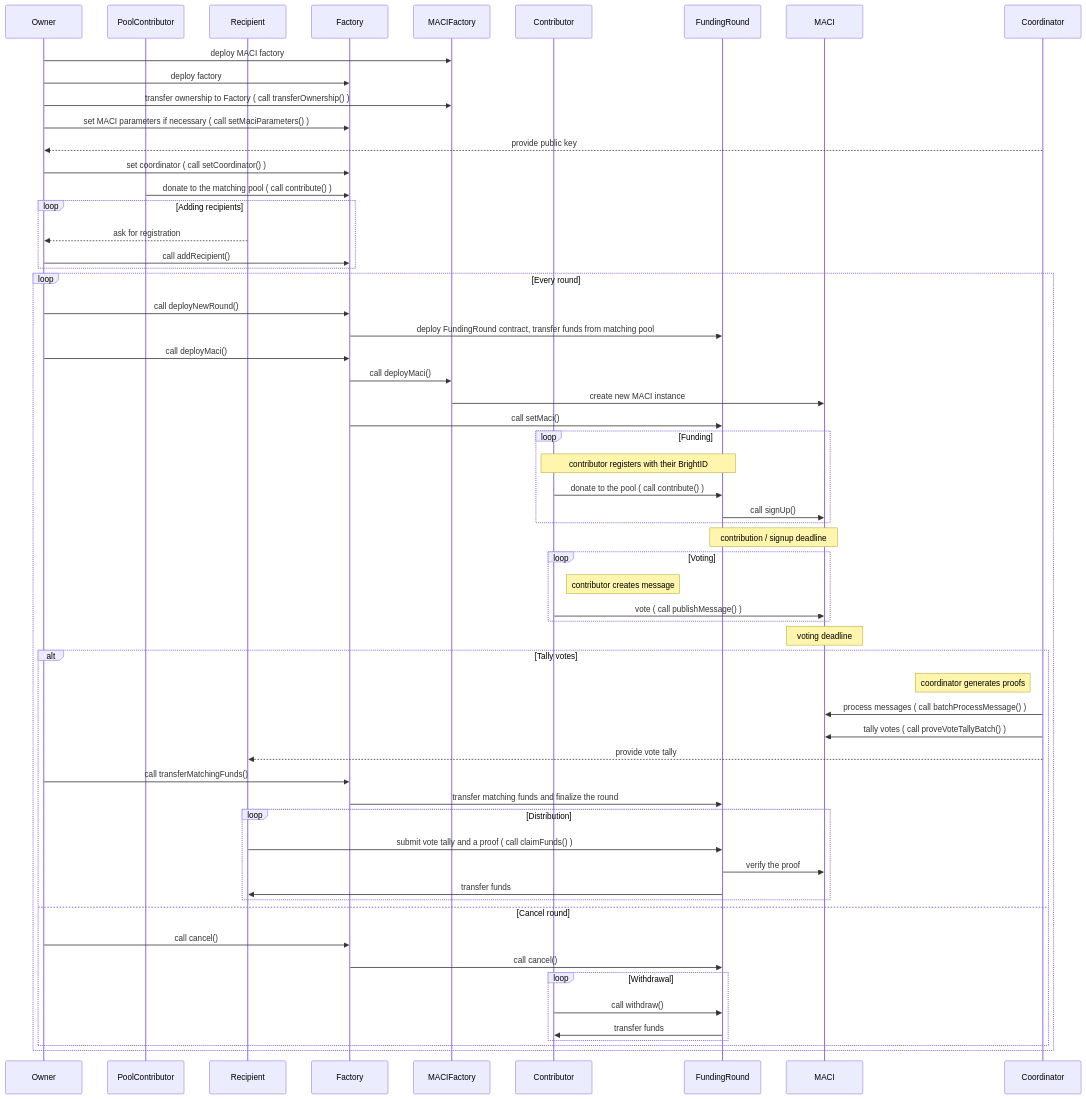
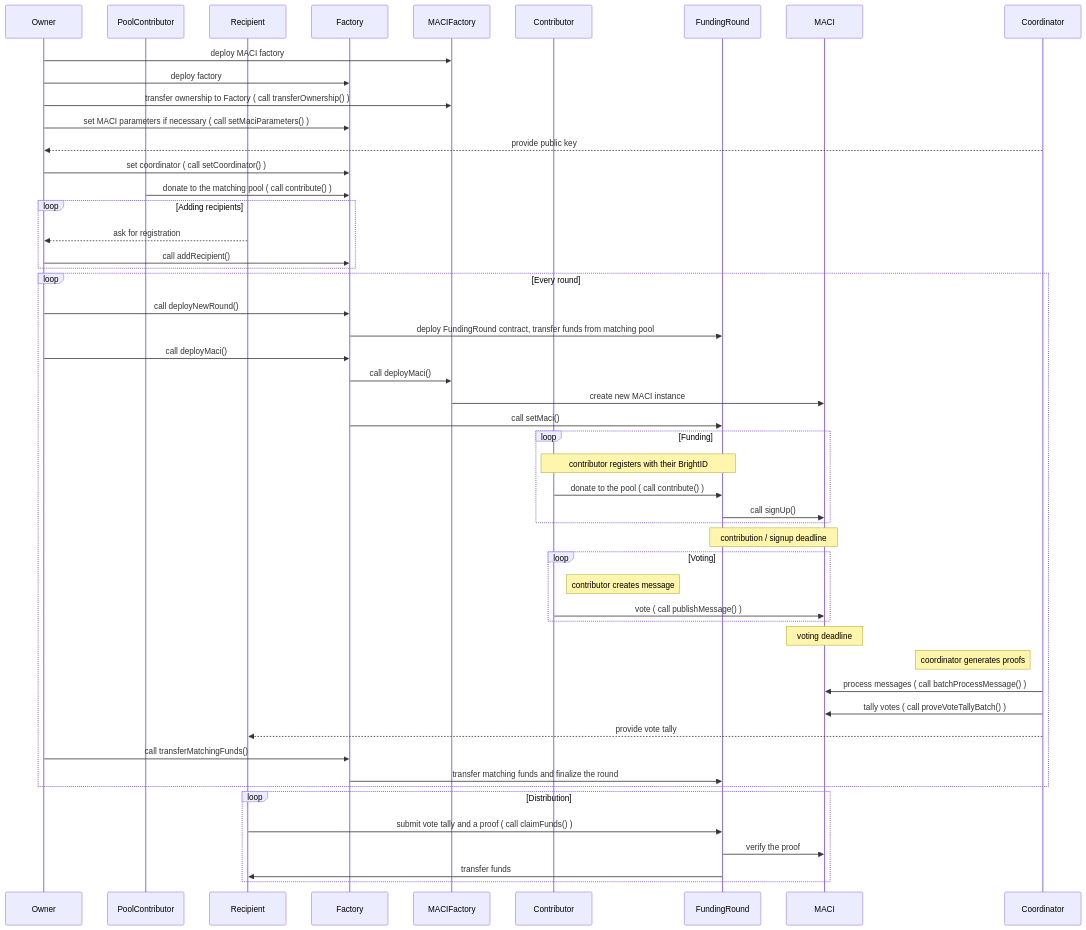
One commit to goldentechie/clrfund changed the diagram in docs/clrfund.mmd. Above: the diagram before and after it, drawn with Mermaid. The commit also changed 8 other files, not shown here.

Commit message:
Contracts: Rewrite factory and funding round contracts

```diff
--- a/docs/clrfund.mmd
+++ b/docs/clrfund.mmd
@@ -1,72 +1,63 @@
 %% To render this diagram, paste the code into the live editor https://mermaid-js.github.io/mermaid-live-editor/ or use Mermaid CLI
 
 sequenceDiagram
     participant Owner
     participant PoolContributor
     participant Recipient
     participant Factory
     participant MACIFactory
     participant Contributor
     participant FundingRound
     participant MACI
     participant Coordinator
     
     Owner ->> MACIFactory: deploy MACI factory
     Owner ->> Factory: deploy factory
     Owner ->> MACIFactory: transfer ownership to Factory ( call transferOwnership() )
     Owner ->> Factory: set MACI parameters if necessary ( call setMaciParameters() )
     Coordinator -->> Owner: provide public key
     Owner ->> Factory: set coordinator ( call setCoordinator() )
     PoolContributor ->> Factory: donate to the matching pool ( call contribute() )
 
     loop Adding recipients
         Recipient -->> Owner: ask for registration
         Owner ->> Factory: call addRecipient()
     end
     
     loop Every round
         Owner ->> Factory: call deployNewRound()
         Factory ->> FundingRound: deploy FundingRound contract, transfer funds from matching pool
         Owner ->> Factory: call deployMaci()
         Factory ->> MACIFactory: call deployMaci()
         MACIFactory ->> MACI: create new MACI instance
         Factory ->> FundingRound: call setMaci()
         
         loop Funding
             Note over Contributor, FundingRound: contributor registers with their BrightID
             Contributor ->> FundingRound: donate to the pool ( call contribute() )
             FundingRound ->> MACI: call signUp()
         end
         
         Note over FundingRound, MACI: contribution / signup deadline
         
         loop Voting
             Note right of Contributor: contributor creates message
             Contributor ->> MACI: vote ( call publishMessage() )
         end
         
         Note over MACI: voting deadline
+        
+        Note left of Coordinator: coordinator generates proofs
+        Coordinator ->> MACI: process messages ( call batchProcessMessage() )
+        Coordinator ->> MACI: tally votes ( call proveVoteTallyBatch() )
+        Coordinator -->> Recipient: provide vote tally
+        
+        Owner ->> Factory: call transferMatchingFunds()
+        Factory ->> FundingRound: transfer matching funds and finalize the round
+    end
 
-        alt Tally votes
-            Note left of Coordinator: coordinator generates proofs
-            Coordinator ->> MACI: process messages ( call batchProcessMessage() )
-            Coordinator ->> MACI: tally votes ( call proveVoteTallyBatch() )
-            Coordinator -->> Recipient: provide vote tally
-            Owner ->> Factory: call transferMatchingFunds()
-            Factory ->> FundingRound: transfer matching funds and finalize the round
-
-            loop Distribution
-                Recipient ->> FundingRound: submit vote tally and a proof ( call claimFunds() )
-                FundingRound ->> MACI: verify the proof
-                FundingRound ->> Recipient: transfer funds
-            end
-        else Cancel round
-            Owner ->> Factory: call cancel()
-            Factory ->> FundingRound: call cancel()
-
-            loop Withdrawal
-                Contributor ->> FundingRound: call withdraw()
-                FundingRound ->> Contributor: transfer funds
-            end
-        end
+    loop Distribution
+        Recipient ->> FundingRound: submit vote tally and a proof ( call claimFunds() )
+        FundingRound ->> MACI: verify the proof
+        FundingRound ->> Recipient: transfer funds
     end
```
